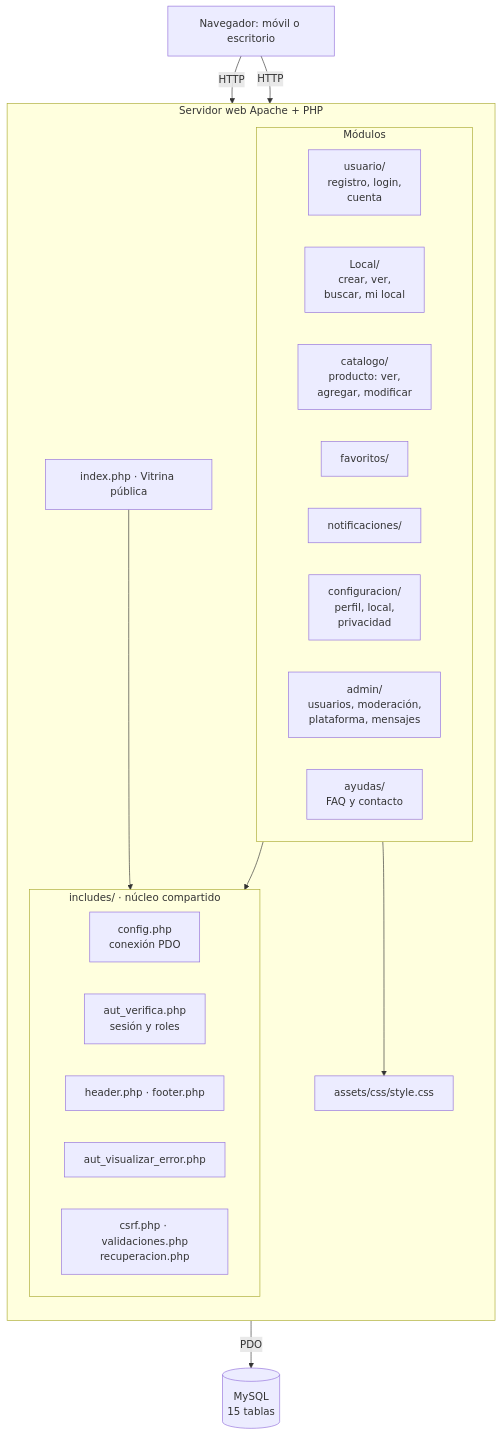
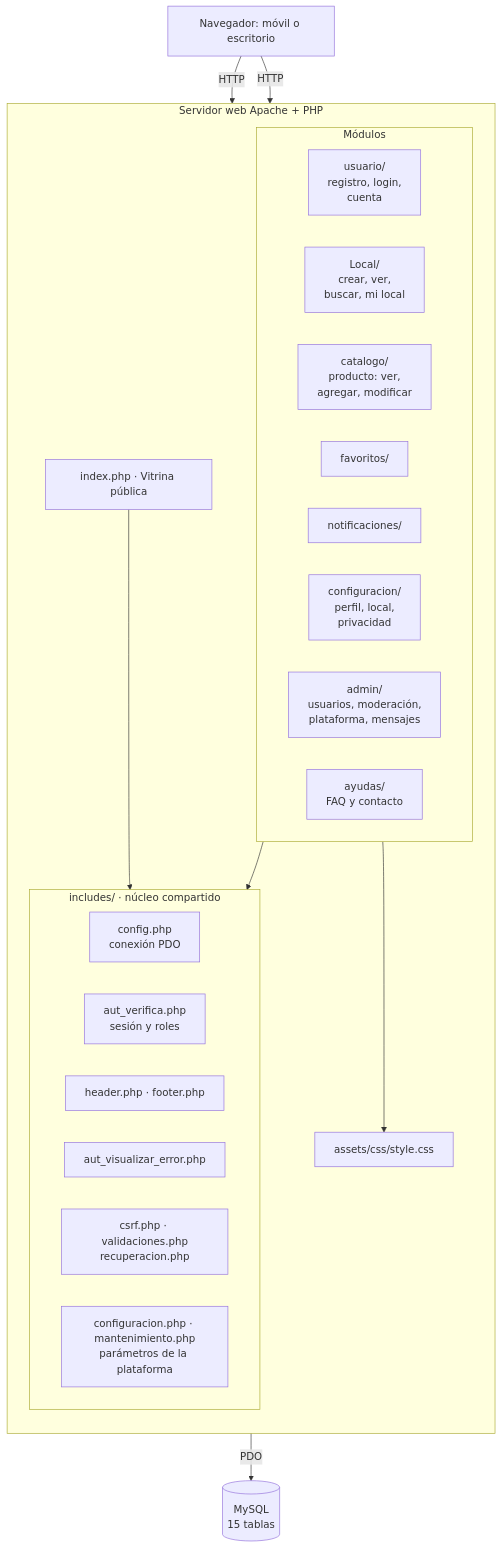
One commit to mihzuk/Galezarzal changed the diagram in docs/diagramas/arquitectura.md. Above: the diagram before and after it, drawn with Mermaid. The commit also changed 19 other files, not shown here.

````diff
--- a/docs/diagramas/arquitectura.md
+++ b/docs/diagramas/arquitectura.md
@@ -5,38 +5,39 @@
 ```mermaid
 flowchart TB
     B[Navegador: móvil o escritorio]
 
     subgraph WEB[Servidor web Apache + PHP]
         direction TB
         IDX[index.php · Vitrina pública]
         subgraph MOD[Módulos]
             direction LR
             USR[usuario/<br/>registro, login,<br/>cuenta]
             LOC[Local/<br/>crear, ver,<br/>buscar, mi local]
             CAT[catalogo/<br/>producto: ver,<br/>agregar, modificar]
             FAV[favoritos/]
             NOT[notificaciones/]
             CFG[configuracion/<br/>perfil, local,<br/>privacidad]
             ADM[admin/<br/>usuarios, moderación,<br/>plataforma, mensajes]
             AYU[ayudas/<br/>FAQ y contacto]
         end
         subgraph INC[includes/ · núcleo compartido]
             direction LR
             CONF[config.php<br/>conexión PDO]
             AUT[aut_verifica.php<br/>sesión y roles]
             HF[header.php · footer.php]
             ERR[aut_visualizar_error.php]
             SEG[csrf.php · validaciones.php<br/>recuperacion.php]
+            PLAT[configuracion.php · mantenimiento.php<br/>parámetros de la plataforma]
         end
         ASSETS[assets/css/style.css]
     end
 
     DB[(MySQL<br/>15 tablas)]
 
     B -->|HTTP| IDX
     B -->|HTTP| MOD
     MOD --> INC
     IDX --> INC
     INC -->|PDO| DB
     MOD --> ASSETS
 ```
````
